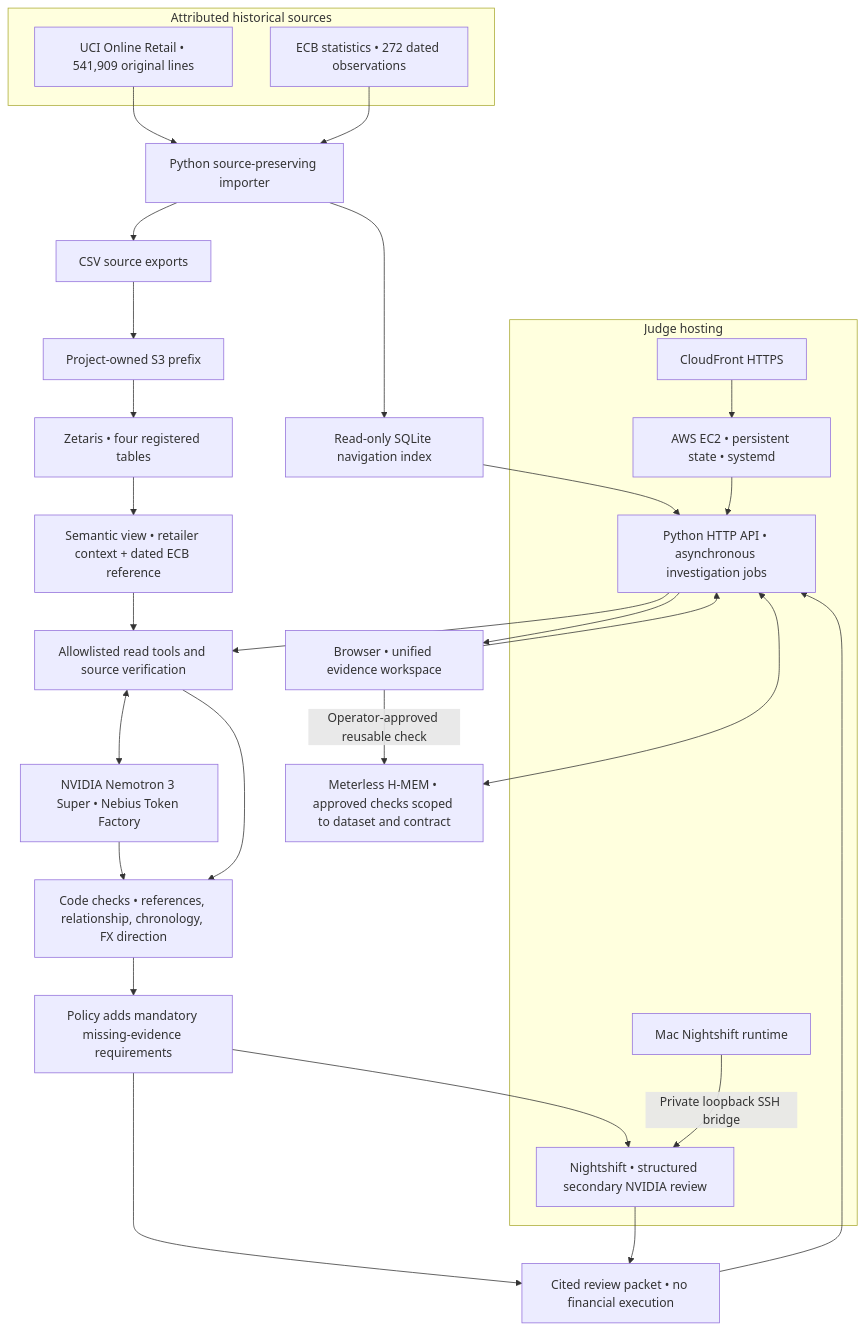
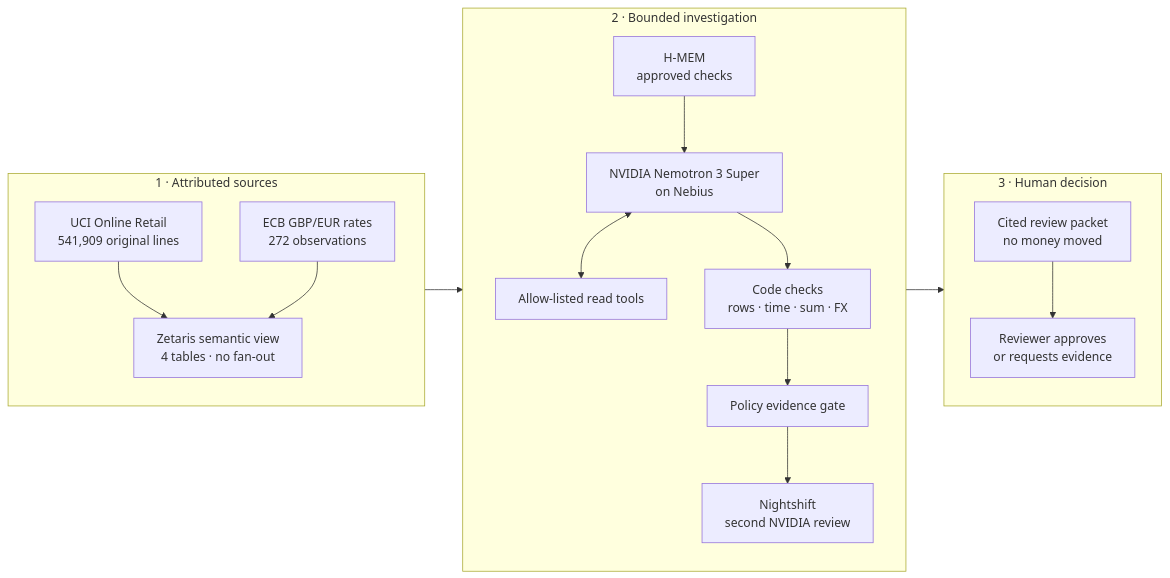
One commit to TusharTechs/unitshift changed the diagram in README.md. Above: the diagram before and after it, drawn with Mermaid. The commit also changed other lines of this file and 2 other files, not shown here.

Commit message:
Polish the README banner, judge links and architecture diagram
Replace the wordmark with an outlined vector banner that renders the
same everywhere, simplify the judge links table to one clearly named
link per resource, compact the architecture diagram into three stages,
and describe the committed 10.89 s run as the recorded run now that the
demo video captures a separate live run.

````diff
--- a/README.md
+++ b/README.md
@@ -72,36 +70,21 @@
 ```mermaid
-flowchart TB
-    subgraph Sources["Attributed historical sources"]
-        UCI["UCI Online Retail • 541,909 original lines"]
-        ECB["ECB statistics • 272 dated observations"]
+flowchart LR
+    subgraph Data["1 · Attributed sources"]
+        direction TB
+        UCI["UCI Online Retail<br/>541,909 original lines"] --> Z["Zetaris semantic view<br/>4 tables · no fan-out"]
+        ECB["ECB GBP/EUR rates<br/>272 observations"] --> Z
     end
-    UCI --> Import["Python source-preserving importer"]
-    ECB --> Import
-    Import --> Index["Read-only SQLite navigation index"]
-    Import --> CSV["CSV source exports"]
-    CSV --> S3["Project-owned S3 prefix"]
-    S3 --> Zetaris["Zetaris • four registered tables"]
-    Zetaris --> View["Semantic view • retailer context + dated ECB reference"]
-
-    Browser["Browser • unified evidence workspace"] --> API["Python HTTP API • asynchronous investigation jobs"]
-    Index --> API
-    API --> Tools["Allowlisted read tools and source verification"]
-    View --> Tools
-    Tools <--> Nemotron["NVIDIA Nemotron 3 Super • Nebius Token Factory"]
-    API <--> Memory["Meterless H-MEM • approved checks scoped to dataset and contract"]
-    Nemotron --> Gate["Code checks • references, relationship, chronology, FX direction"]
-    Tools --> Gate
-    Gate --> Requirements["Policy adds mandatory missing-evidence requirements"]
-    Requirements --> Nightshift["Nightshift • structured secondary NVIDIA review"]
-    Requirements --> Packet["Cited review packet • no financial execution"]
-    Nightshift --> Packet
-    Packet --> API
-    API --> Browser
-    Browser -->|"Operator-approved reusable check"| Memory
-
-    subgraph Hosting["Judge hosting"]
-        CF["CloudFront HTTPS"] --> Host["AWS EC2 • persistent state • systemd"]
-        Host --> API
-        Mac["Mac Nightshift runtime"] -->|"Private loopback SSH bridge"| Nightshift
+    subgraph Agent["2 · Bounded investigation"]
+        direction TB
+        M["H-MEM<br/>approved checks"] --> N["NVIDIA Nemotron 3 Super<br/>on Nebius"]
+        N <--> T["Allow-listed read tools"]
+        N --> C["Code checks<br/>rows · time · sum · FX"]
+        C --> G["Policy evidence gate"]
+        G --> NS["Nightshift<br/>second NVIDIA review"]
     end
+    subgraph Out["3 · Human decision"]
+        direction TB
+        P["Cited review packet<br/>no money moved"] --> R["Reviewer approves<br/>or requests evidence"]
+    end
+    Data --> Agent --> Out
 ```
````
